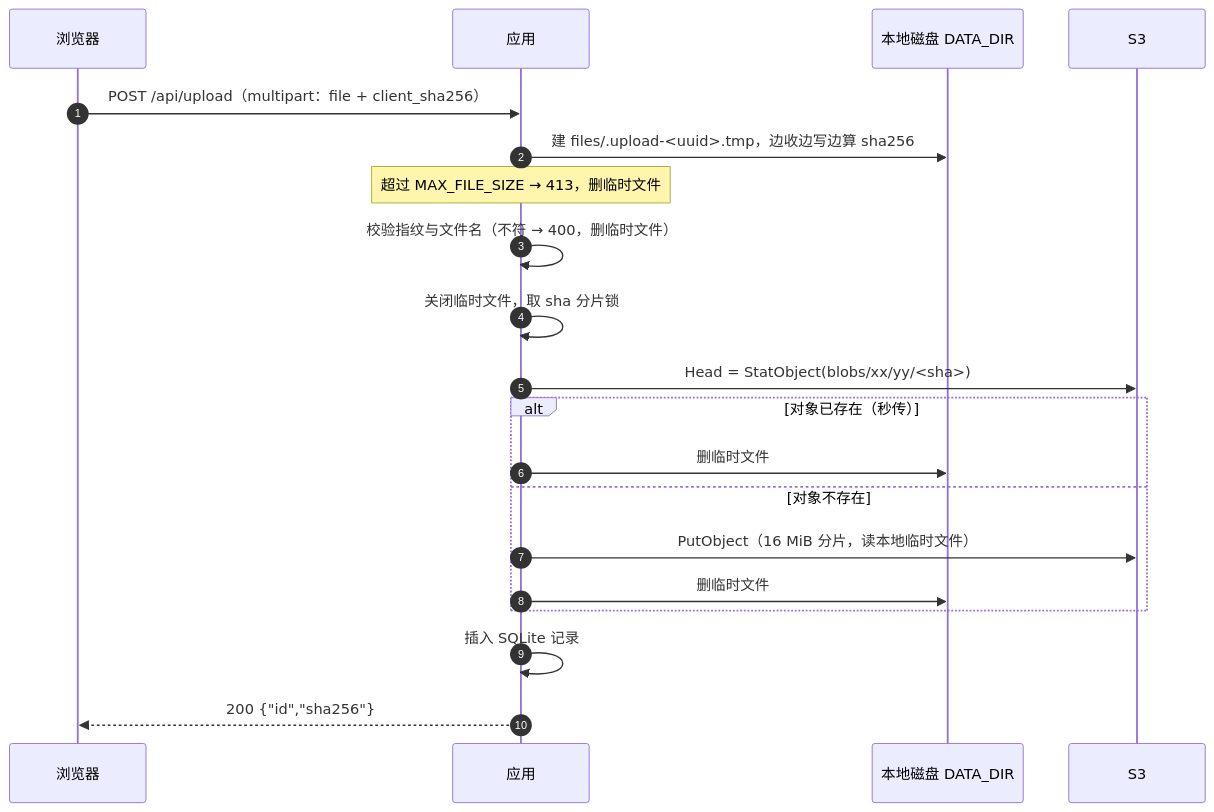
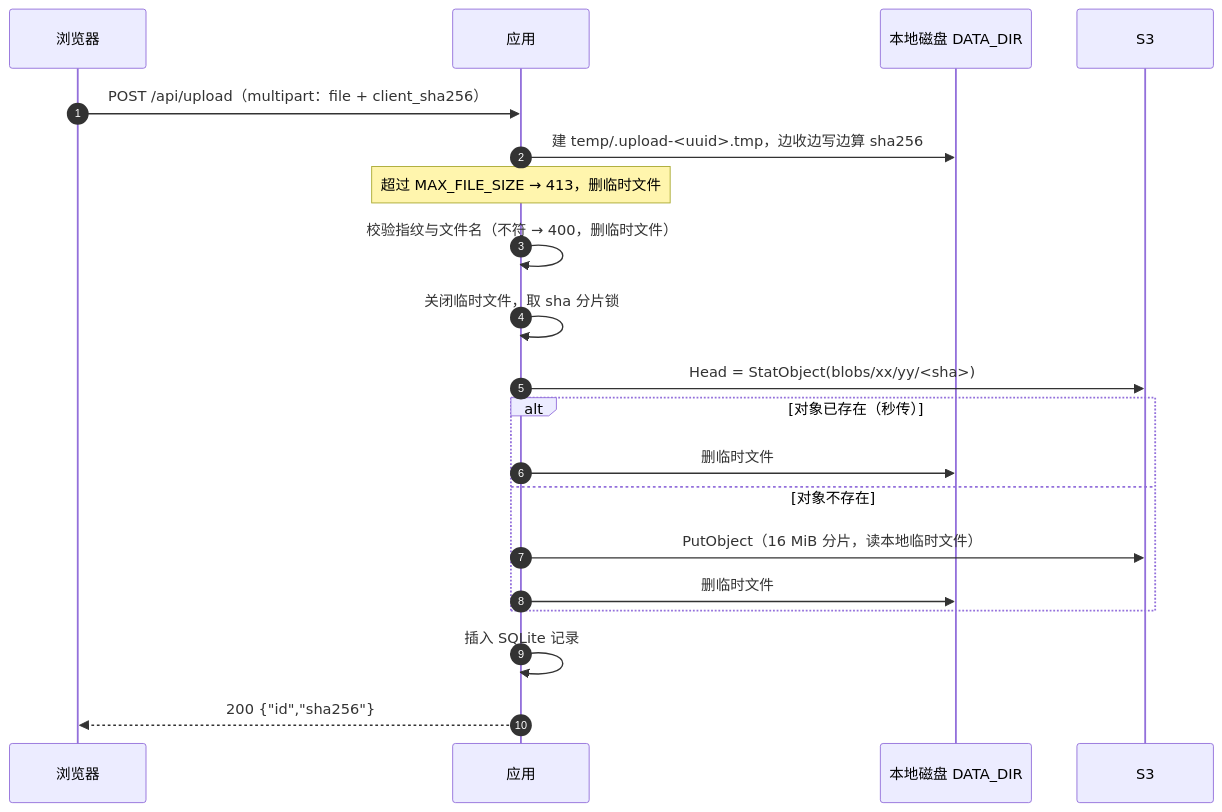
Before and after one commit to hm-service/file-share: the second of 3 diagrams in DESIGN.md, drawn with Mermaid. The commit also changed other lines of this file and 12 other files, not shown here.

````diff
--- a/DESIGN.md
+++ b/DESIGN.md
@@ -222,23 +225,23 @@
 ```mermaid
 sequenceDiagram
     autonumber
     participant B as 浏览器
     participant A as 应用
     participant D as 本地磁盘 DATA_DIR
     participant S as S3
 
     B->>A: POST /api/upload（multipart：file + client_sha256）
-    A->>D: 建 files/.upload-<uuid>.tmp，边收边写边算 sha256
+    A->>D: 建 temp/.upload-<uuid>.tmp，边收边写边算 sha256
     Note over A: 超过 MAX_FILE_SIZE → 413，删临时文件
     A->>A: 校验指纹与文件名（不符 → 400，删临时文件）
     A->>A: 关闭临时文件，取 sha 分片锁
     A->>S: Head = StatObject(blobs/xx/yy/<sha>)
     alt 对象已存在（秒传）
         A->>D: 删临时文件
     else 对象不存在
         A->>S: PutObject（16 MiB 分片，读本地临时文件）
         A->>D: 删临时文件
     end
     A->>A: 插入 SQLite 记录
     A-->>B: 200 {"id","sha256"}
 ```
````
